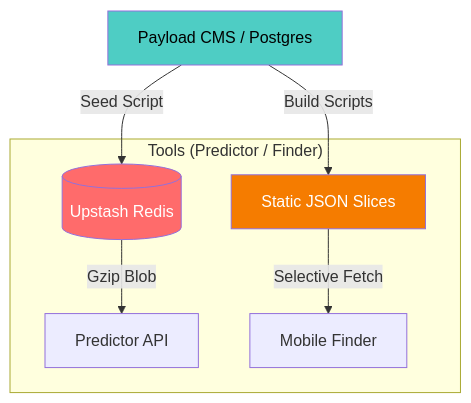
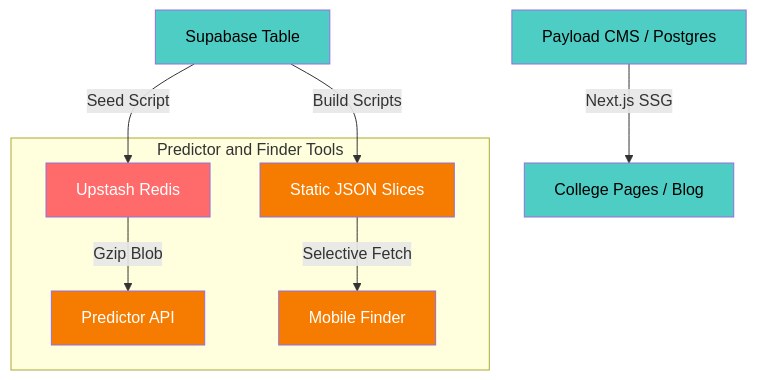
The second of 2 diagrams in README.md (rizzz6/wbjee-college-predictor), drawn with Mermaid before and after one commit. The commit also changed other lines of this file and 13 other files, not shown here.

````diff
--- a/README.md
+++ b/README.md
@@ -427,14 +432,19 @@
 ```mermaid
 graph TD
-    CMS[Payload CMS / Postgres] -->|Seed Script| Redis[(Upstash Redis)]
-    CMS -->|Build Scripts| Static[Static JSON Slices]
+    Payload[Payload CMS / Postgres] -->|Next.js SSG| Content[College Pages / Blog]
+    Supabase[Supabase Table] -->|Seed Script| Redis[Upstash Redis]
+    Supabase -->|Build Scripts| Static[Static JSON Slices]
     
-    subgraph Tools["Tools (Predictor / Finder)"]
+    subgraph Tools[Predictor and Finder Tools]
         Redis -->|Gzip Blob| Predictor[Predictor API]
         Static -->|Selective Fetch| Finder[Mobile Finder]
     end
 
-    style CMS fill:#4ecdc4,color:#000
+    style Payload fill:#4ecdc4,color:#000
+    style Content fill:#4ecdc4,color:#000
+    style Supabase fill:#4ecdc4,color:#000
     style Redis fill:#ff6b6b,color:#fff
     style Static fill:#f57c00,color:#fff
+    style Predictor fill:#f57c00,color:#fff
+    style Finder fill:#f57c00,color:#fff
 ```
````
